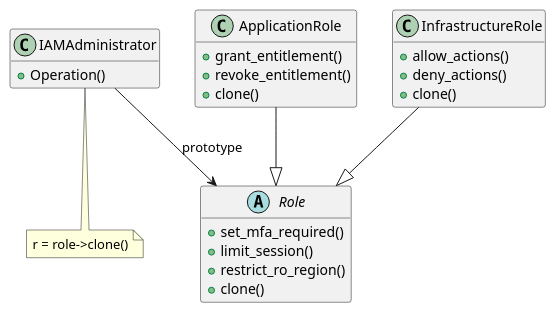
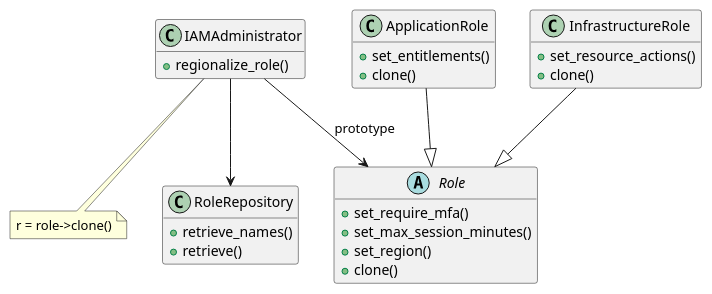
Before and after one commit to mihoow/design-patterns-python: the diagram in creational/prototype/diagrams/iam.puml, drawn with PlantUML. The commit also changed 9 other files, not shown here.

```diff
--- a/creational/prototype/diagrams/iam.puml
+++ b/creational/prototype/diagrams/iam.puml
@@ -1,36 +1,40 @@
-@startuml builder
+@startuml iam
 
 hide empty members
 
 class IAMAdministrator {
-    +Operation()
+    +regionalize_role()
 }
 note bottom: r = role->clone()
 
+class RoleRepository {
+    +retrieve_names()
+    +retrieve()
+}
+
 abstract class Role {
-    +set_mfa_required()
-    +limit_session()
-    +restrict_ro_region()
+    +set_require_mfa()
+    +set_max_session_minutes()
+    +set_region()
     +clone()
 }
 
 class ApplicationRole {
-    +grant_entitlement()
-    +revoke_entitlement()
+    +set_entitlements()
     +clone()
 }
 
 class InfrastructureRole {
-    +allow_actions()
-    +deny_actions()
+    +set_resource_actions()
     +clone()
 }
 
+IAMAdministrator --> RoleRepository
 IAMAdministrator --> Role: prototype
 
 ApplicationRole --|> Role
 InfrastructureRole --|> Role
 
 
 
 @enduml
```
